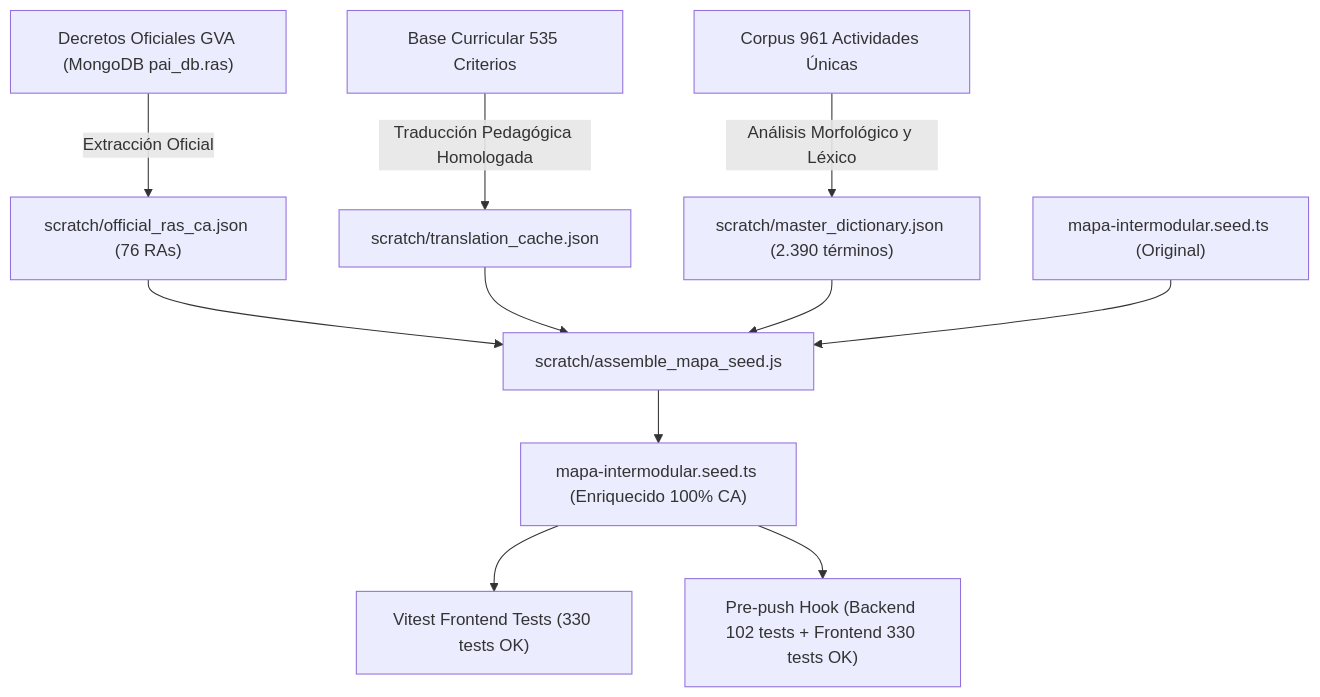
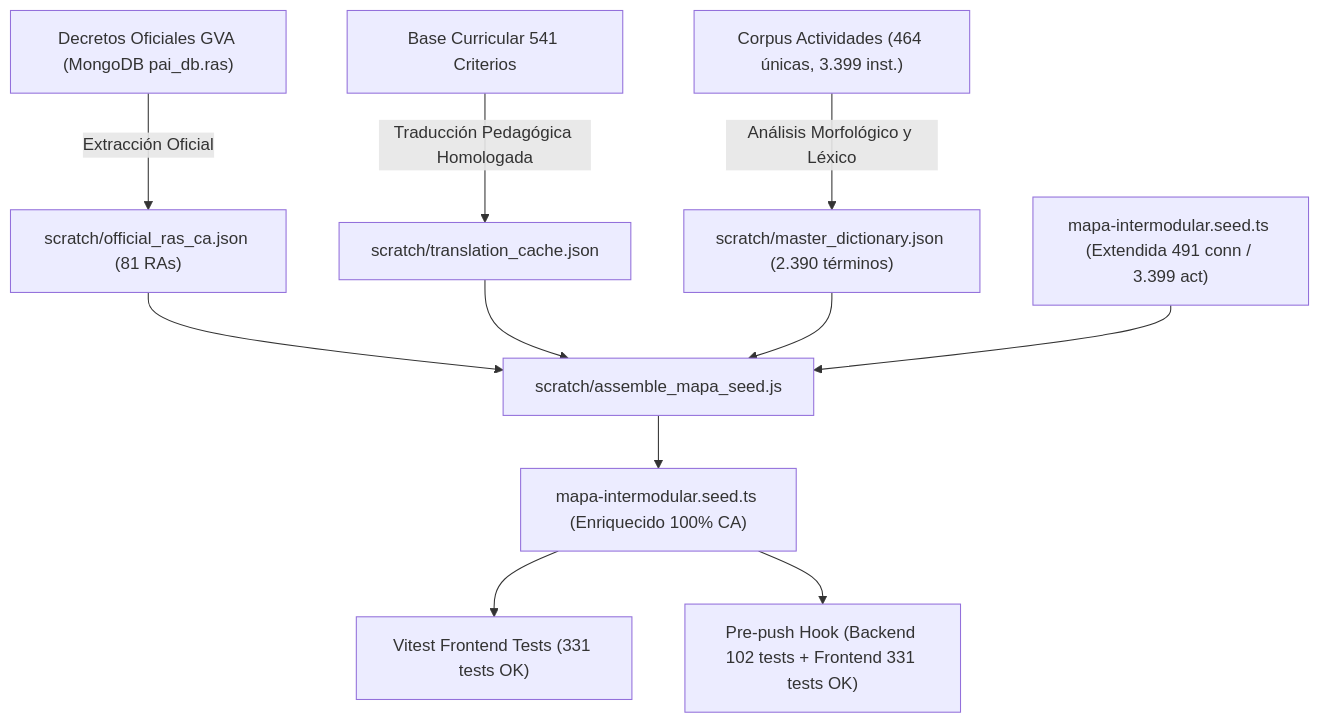
The diagram in tareas/91_traduccion_completa_catalan_mapa_intermodular.md (carljark/pai-app), drawn with Mermaid before and after one commit. The commit also changed other lines of this file and 3 other files, not shown here.

````diff
--- a/tareas/91_traduccion_completa_catalan_mapa_intermodular.md
+++ b/tareas/91_traduccion_completa_catalan_mapa_intermodular.md
@@ -18,16 +18,16 @@
 ```mermaid
 flowchart TD
-    A["Decretos Oficiales GVA (MongoDB pai_db.ras)"] -->|Extracción Oficial| B["scratch/official_ras_ca.json (76 RAs)"]
-    C["Base Curricular 535 Criterios"] -->|Traducción Pedagógica Homologada| D["scratch/translation_cache.json"]
-    E["Corpus 961 Actividades Únicas"] -->|Análisis Morfológico y Léxico| F["scratch/master_dictionary.json (2.390 términos)"]
+    A["Decretos Oficiales GVA (MongoDB pai_db.ras)"] -->|Extracción Oficial| B["scratch/official_ras_ca.json (81 RAs)"]
+    C["Base Curricular 541 Criterios"] -->|Traducción Pedagógica Homologada| D["scratch/translation_cache.json"]
+    E["Corpus Actividades (464 únicas, 3.399 inst.)"] -->|Análisis Morfológico y Léxico| F["scratch/master_dictionary.json (2.390 términos)"]
     
     B --> G["scratch/assemble_mapa_seed.js"]
     D --> G
     F --> G
     
-    H["mapa-intermodular.seed.ts (Original)"] --> G
+    H["mapa-intermodular.seed.ts (Extendida 491 conn / 3.399 act)"] --> G
     G --> I["mapa-intermodular.seed.ts (Enriquecido 100% CA)"]
     
-    I --> J["Vitest Frontend Tests (330 tests OK)"]
-    I --> K["Pre-push Hook (Backend 102 tests + Frontend 330 tests OK)"]
+    I --> J["Vitest Frontend Tests (331 tests OK)"]
+    I --> K["Pre-push Hook (Backend 102 tests + Frontend 331 tests OK)"]
 ```
````
